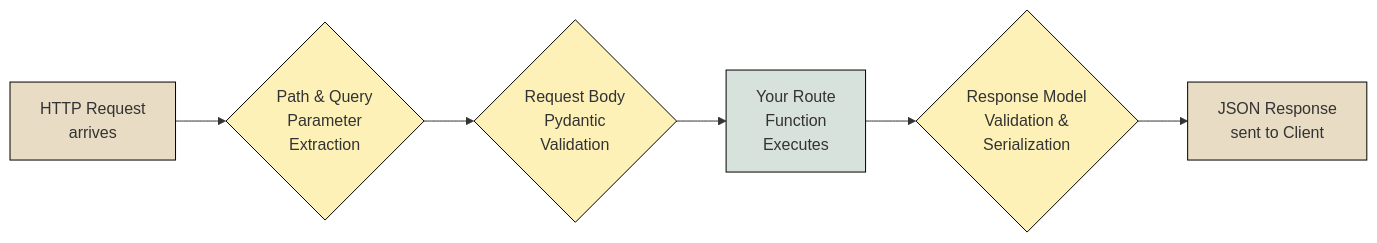
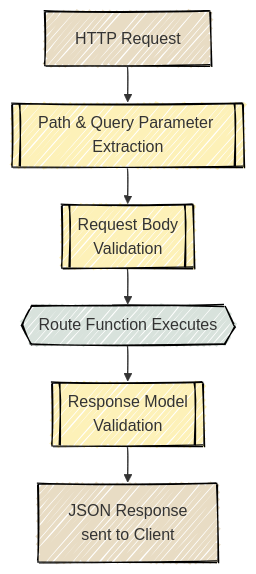
One commit to manhowong/FastAPI-for-python-coders changed the diagram in src/part-02.qmd. Above: the diagram before and after it, drawn with Mermaid. The commit also changed other lines of this file and 6 other files, not shown here.

````diff
--- a/src/part-02.qmd
+++ b/src/part-02.qmd
@@ -140,16 +141,24 @@
 ```{mermaid}
-%%{init: {'theme': 'handDrawn'}}%%
-flowchart LR
-    A[HTTP Request<br/>arrives] --> B{Path & Query<br/>Parameter<br/>Extraction}
-    B --> C{Request Body<br/>Pydantic<br/>Validation}
-    C --> D[Your Route<br/>Function<br/>Executes]
-    D --> E{Response Model<br/>Validation &<br/>Serialization}
+---
+config:
+    look: handDrawn
+    layout: elk
+    flowchart:
+        nodeSpacing: 20
+        rankSpacing: 30
+        padding: 15
+---
+flowchart TD
+    A[HTTP Request] --> B[[Path & Query Parameter Extraction]]
+    B --> C[[Request Body<br/>Validation]]
+    C --> D{{Route Function Executes}}
+    D --> E[[Response Model<br/>Validation]]
     E --> F[JSON Response<br/>sent to Client]
     
     style A fill:#e8dcc4,stroke:#000
     style B fill:#fdf1b8,stroke:#000
     style C fill:#fdf1b8,stroke:#000
     style D fill:#d8e2dc,stroke:#000
     style E fill:#fdf1b8,stroke:#000
     style F fill:#e8dcc4,stroke:#000
 ```
````
